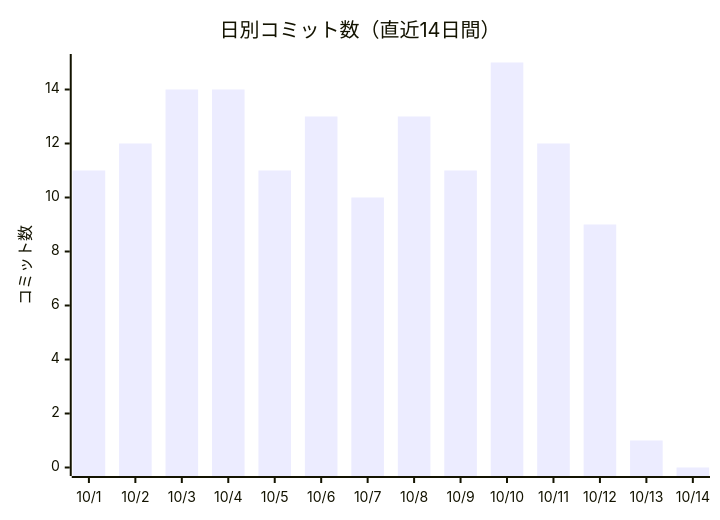
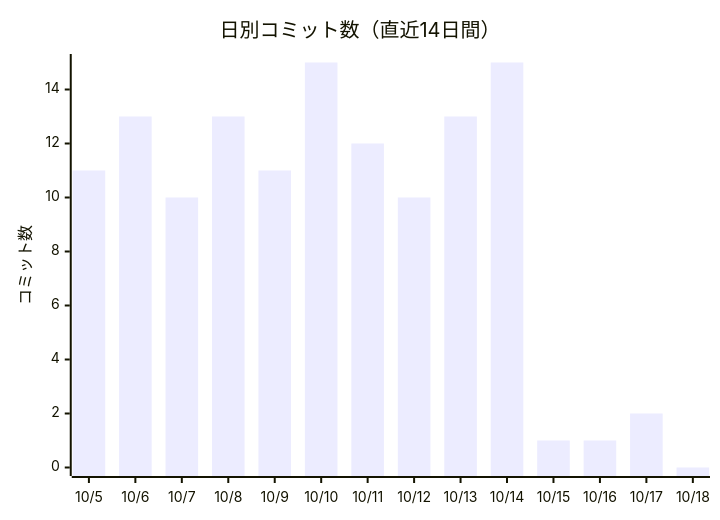
Before and after one commit to non-x2/non-x2: the first of 2 diagrams in docs/進化レポート.md, drawn with Mermaid. The commit also changed other lines of this file and 4 other files, not shown here.

````diff
--- a/docs/進化レポート.md
+++ b/docs/進化レポート.md
@@ -23,7 +23,7 @@
 ```mermaid
 xychart-beta
     title "日別コミット数（直近14日間）"
-    x-axis ["10/1", "10/2", "10/3", "10/4", "10/5", "10/6", "10/7", "10/8", "10/9", "10/10", "10/11", "10/12", "10/13", "10/14"]
+    x-axis ["10/5", "10/6", "10/7", "10/8", "10/9", "10/10", "10/11", "10/12", "10/13", "10/14", "10/15", "10/16", "10/17", "10/18"]
     y-axis "コミット数"
-    bar [11, 12, 14, 14, 11, 13, 10, 13, 11, 15, 12, 9, 1, 0]
+    bar [11, 13, 10, 13, 11, 15, 12, 10, 13, 15, 1, 1, 2, 0]
 ```
````
